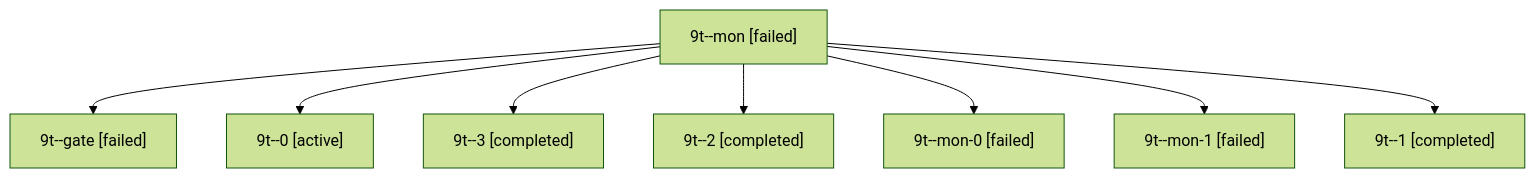
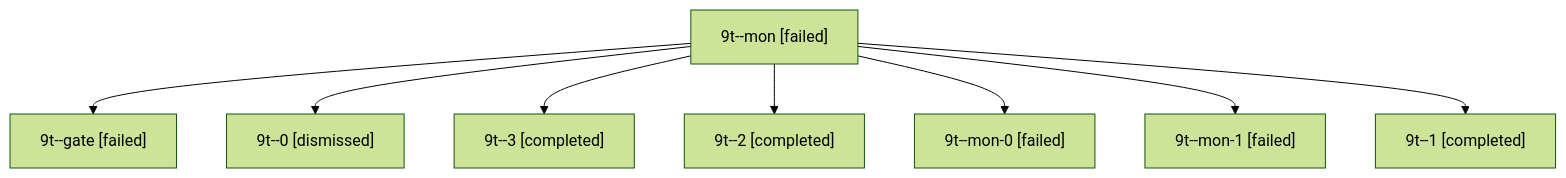
One commit to sase-org/sase--agents changed the diagram in sessions/bbugyi200.apollo.9t.md. Above: the diagram before and after it, drawn with Mermaid (forest theme). The commit also changed other lines of this file and 8 other files, not shown here.

````diff
--- a/sessions/bbugyi200.apollo.9t.md
+++ b/sessions/bbugyi200.apollo.9t.md
@@ -9,18 +9,18 @@
 ```mermaid
 flowchart TD
   n0["9t--mon [failed]"]
   n1["9t--gate [failed]"]
   n0 --> n1
-  n2["9t--0 [active]"]
+  n2["9t--0 [dismissed]"]
   n0 --> n2
   n3["9t--3 [completed]"]
   n0 --> n3
   n4["9t--2 [completed]"]
   n0 --> n4
   n5["9t--mon-0 [failed]"]
   n0 --> n5
   n6["9t--mon-1 [failed]"]
   n0 --> n6
   n7["9t--1 [completed]"]
   n0 --> n7
 ```
````
